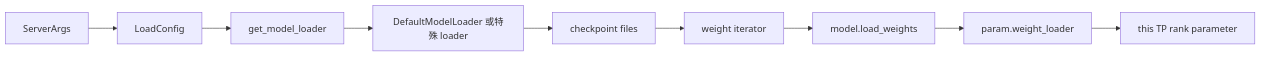
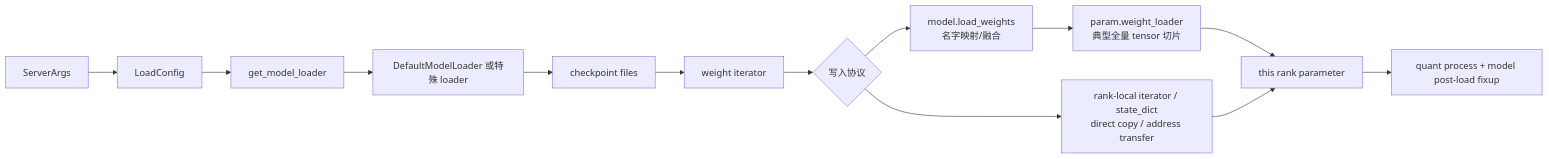
One commit to OnlyHero5/sglang-reading-vault changed the diagram in sglang_reading/模型执行/ModelLoader/SGLang-ModelLoader.md. Above: the diagram before and after it, drawn with Mermaid. The commit also changed other lines of this file and 512 other files, not shown here.

````diff
--- a/sglang_reading/模型执行/ModelLoader/SGLang-ModelLoader.md
+++ b/sglang_reading/模型执行/ModelLoader/SGLang-ModelLoader.md
@@ -39,11 +39,15 @@
 ```mermaid
 flowchart LR
   A[ServerArgs] --> B[LoadConfig]
   B --> C[get_model_loader]
   C --> D[DefaultModelLoader 或特殊 loader]
   D --> E[checkpoint files]
   E --> F[weight iterator]
-  F --> G[model.load_weights]
-  G --> H[param.weight_loader]
-  H --> I[this TP rank parameter]
+  F --> G{写入协议}
+  G --> H[model.load_weights<br/>名字映射/融合]
+  H --> I[param.weight_loader<br/>典型全量 tensor 切片]
+  G --> J[rank-local iterator / state_dict<br/>direct copy / address transfer]
+  I --> K[this rank parameter]
+  J --> K
+  K --> L[quant process + model post-load fixup]
 ```
````
